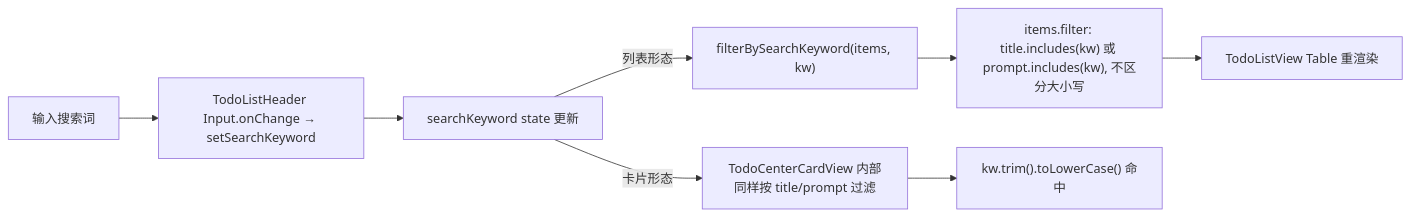
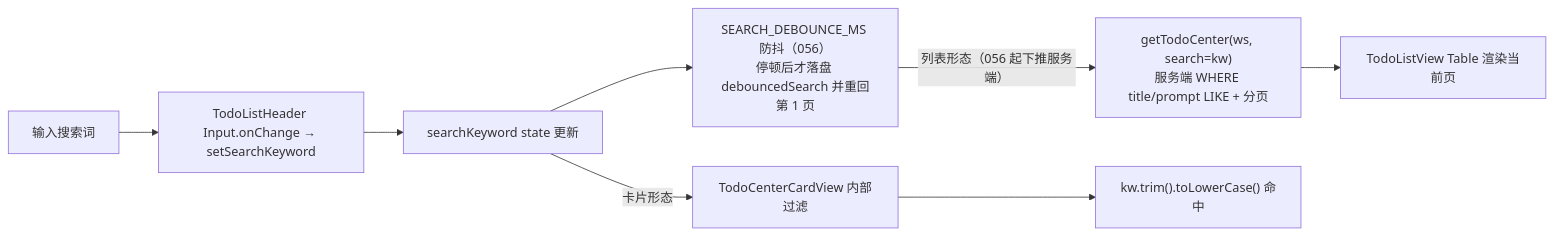
Before and after one commit to weibaohui/ntd: the first of 4 diagrams in frontend/src/help/pages/todo-list-search.md, drawn with Mermaid. The commit also changed other lines of this file and 12 other files, not shown here.

````diff
--- a/frontend/src/help/pages/todo-list-search.md
+++ b/frontend/src/help/pages/todo-list-search.md
@@ -9,10 +9,10 @@
 ```mermaid
 flowchart LR
   U[输入搜索词] --> onSearch["TodoListHeader Input.onChange → setSearchKeyword"]
   onSearch --> KW["searchKeyword state 更新"]
-  KW -->|"列表形态"| FE1["filterBySearchKeyword(items, kw)"]
-  KW -->|"卡片形态"| FE2["TodoCenterCardView 内部同样按 title/prompt 过滤"]
-  FE1 --> Match["items.filter: title.includes(kw) 或 prompt.includes(kw), 不区分大小写"]
+  KW --> Debounce["SEARCH_DEBOUNCE_MS 防抖（056）<br/>停顿后才落盘 debouncedSearch 并重回第 1 页"]
+  Debounce -->|"列表形态（056 起下推服务端）"| API["getTodoCenter(ws, search=kw)<br/>服务端 WHERE title/prompt LIKE + 分页"]
+  KW -->|"卡片形态"| FE2["TodoCenterCardView 内部过滤"]
+  API --> UI["TodoListView Table 渲染当前页"]
   FE2 --> Match2["kw.trim().toLowerCase() 命中"]
-  Match --> UI["TodoListView Table 重渲染"]
 ```
````
